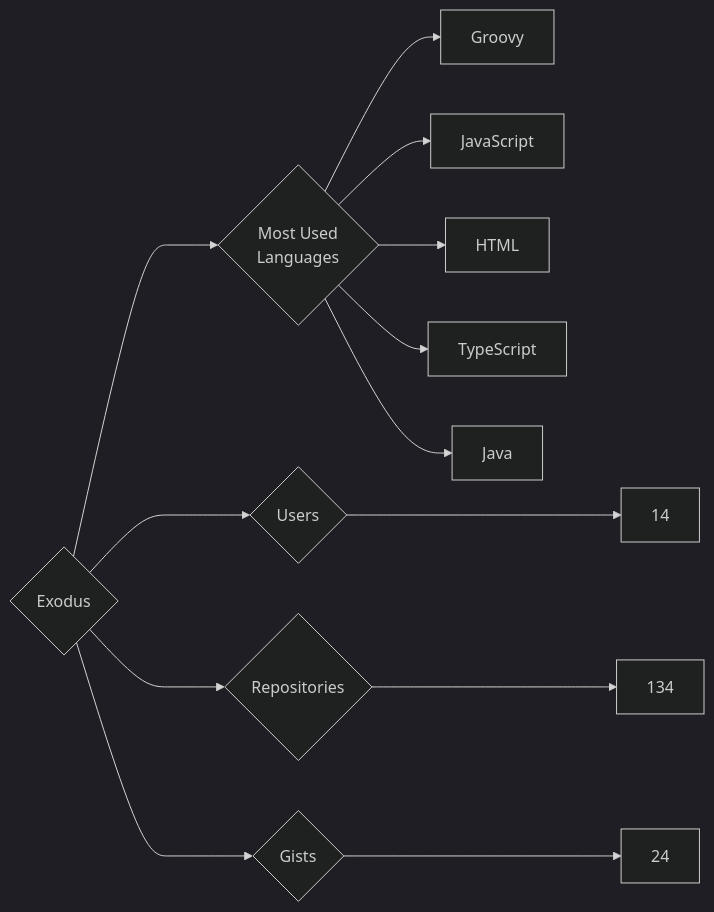
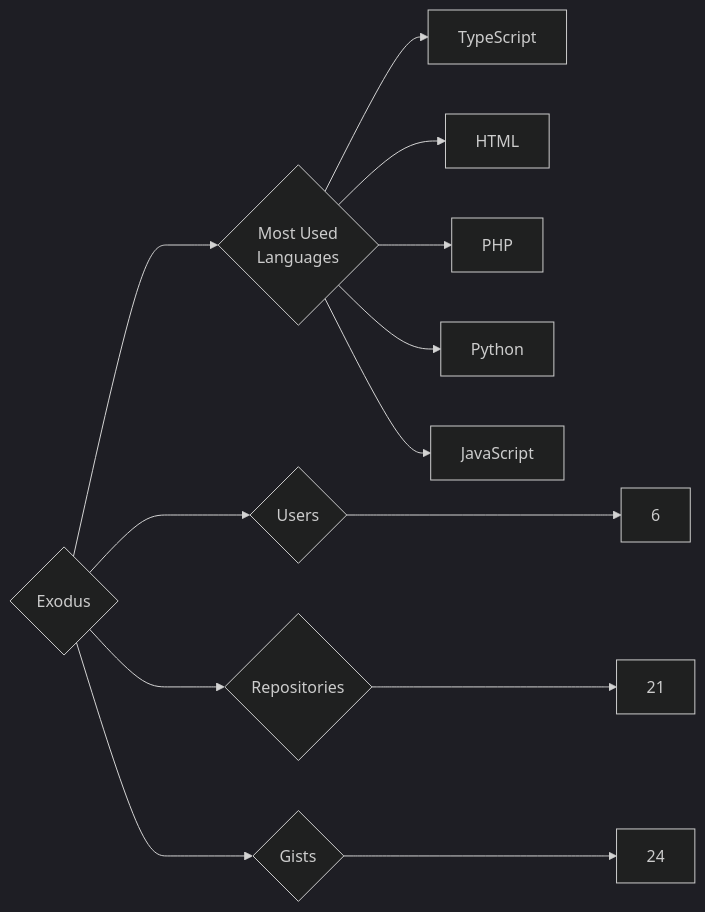
Before and after one commit to trickest/insiders: the diagram in targets/Exodus/README.md, drawn with Mermaid (dark theme). The commit also changed 845 other files, not shown here.

````diff
--- a/targets/Exodus/README.md
+++ b/targets/Exodus/README.md
@@ -3,13 +3,13 @@
 ```mermaid
 graph LR
 COMPANY_NAME{Exodus}
-COMPANY_NAME ---> U{Users} ---> UN[14]
-COMPANY_NAME ---> R{Repositories} ---> RN[134]
+COMPANY_NAME ---> U{Users} ---> UN[6]
+COMPANY_NAME ---> R{Repositories} ---> RN[21]
 COMPANY_NAME ---> G{Gists} ---> GN[24]
 COMPANY_NAME ---> ML{Most Used<br>Languages}
-ML --> Groovy[Groovy]
+ML --> TypeScript[TypeScript]
+ML --> HTML[HTML]
+ML --> PHP[PHP]
+ML --> Python[Python]
 ML --> JavaScript[JavaScript]
-ML --> HTML[HTML]
-ML --> TypeScript[TypeScript]
-ML --> Java[Java]
 ```
````
